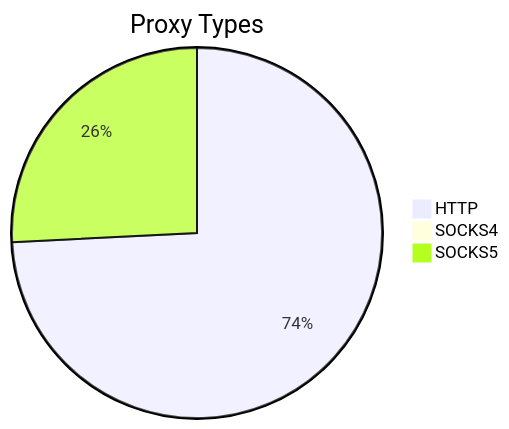
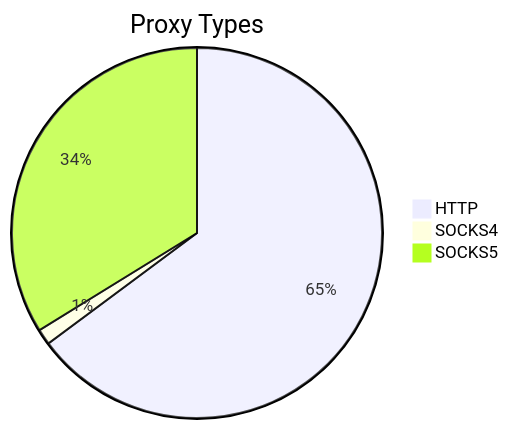
Before and after one commit to stormsia/proxy-list: the first of 2 diagrams in README.md, drawn with Mermaid. The commit also changed other lines of this file, not shown here.

````diff
--- a/README.md
+++ b/README.md
@@ -21,6 +21,6 @@
 ```mermaid
 pie title Proxy Types
-    "HTTP" : 1459
-    "SOCKS4" : 5
-    "SOCKS5" : 507
+    "HTTP" : 1596
+    "SOCKS4" : 34
+    "SOCKS5" : 832
 ```
````
